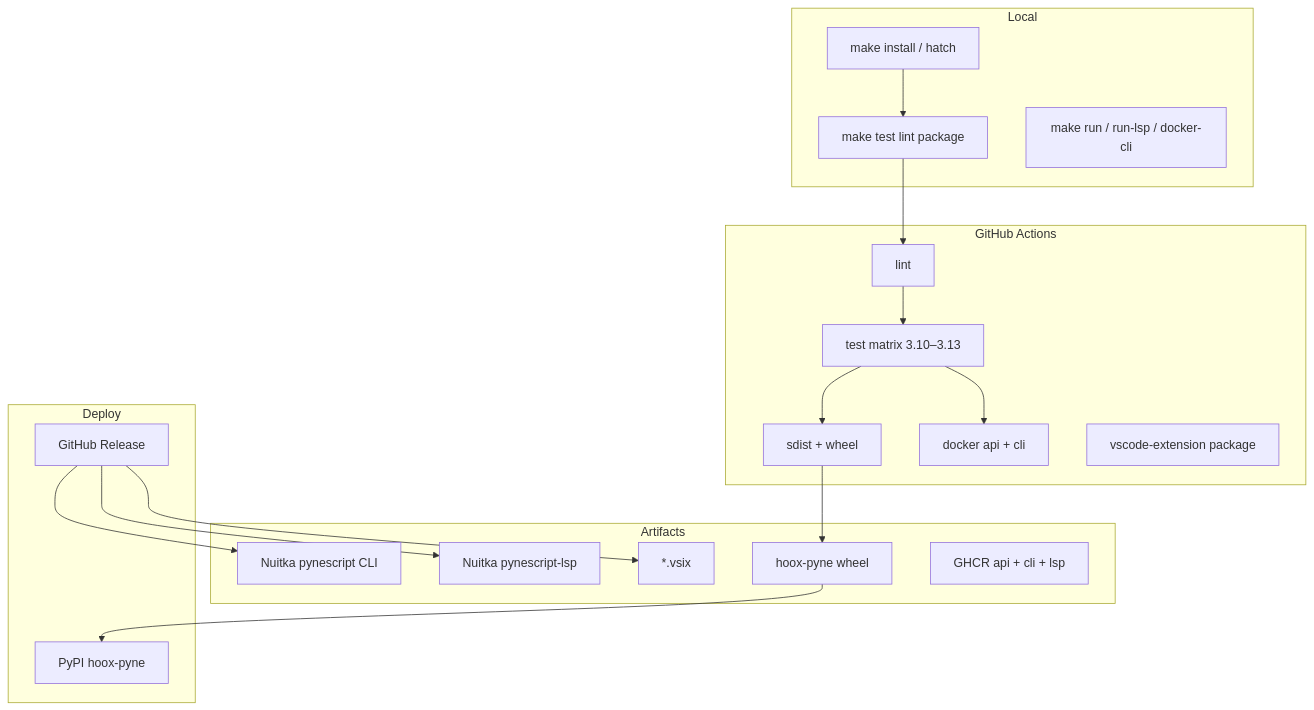
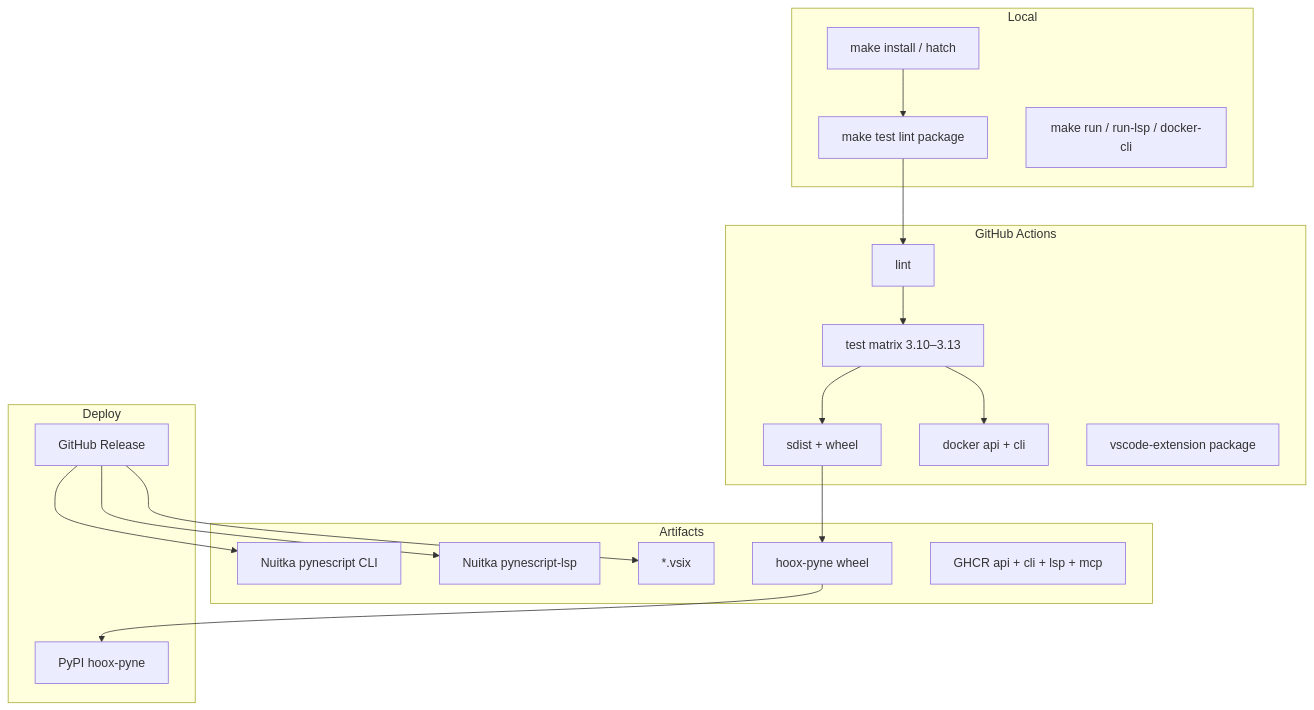
The diagram in docs/pyne/devops/index.mdx (hoox-sh/pyne), drawn with Mermaid before and after one commit. The commit also changed other lines of this file and 96 other files, not shown here.

First line of the commit message:
release: 0.6.31 — compose datafeed/mcp daemons, GHCR mcp image, VSIX 0.5.5

````diff
--- a/docs/pyne/devops/index.mdx
+++ b/docs/pyne/devops/index.mdx
@@ -35,33 +35,33 @@
 ```mermaid
 flowchart TB
   subgraph Local
     DEV[make install / hatch]
     TEST[make test lint package]
     RUN[make run / run-lsp / docker-cli]
   end
   subgraph CI["GitHub Actions"]
     LINT[lint]
     PY[test matrix 3.10–3.13]
     PKG[sdist + wheel]
     DOCK[docker api + cli]
     VSIX[vscode-extension package]
   end
   subgraph Artifacts
     WHEEL[hoox-pyne wheel]
     CLIBIN[Nuitka pynescript CLI]
     LSPBIN[Nuitka pynescript-lsp]
     VSIXART[*.vsix]
-    IMG[GHCR api + cli + lsp]
+    IMG[GHCR api + cli + lsp + mcp]
   end
   subgraph Deploy
     PYPI[PyPI hoox-pyne]
     REL[GitHub Release]
   end
   DEV --> TEST --> LINT
   LINT --> PY --> PKG
   PY --> DOCK
   PKG --> WHEEL --> PYPI
   REL --> CLIBIN
   REL --> LSPBIN
   REL --> VSIXART
 ```
````
